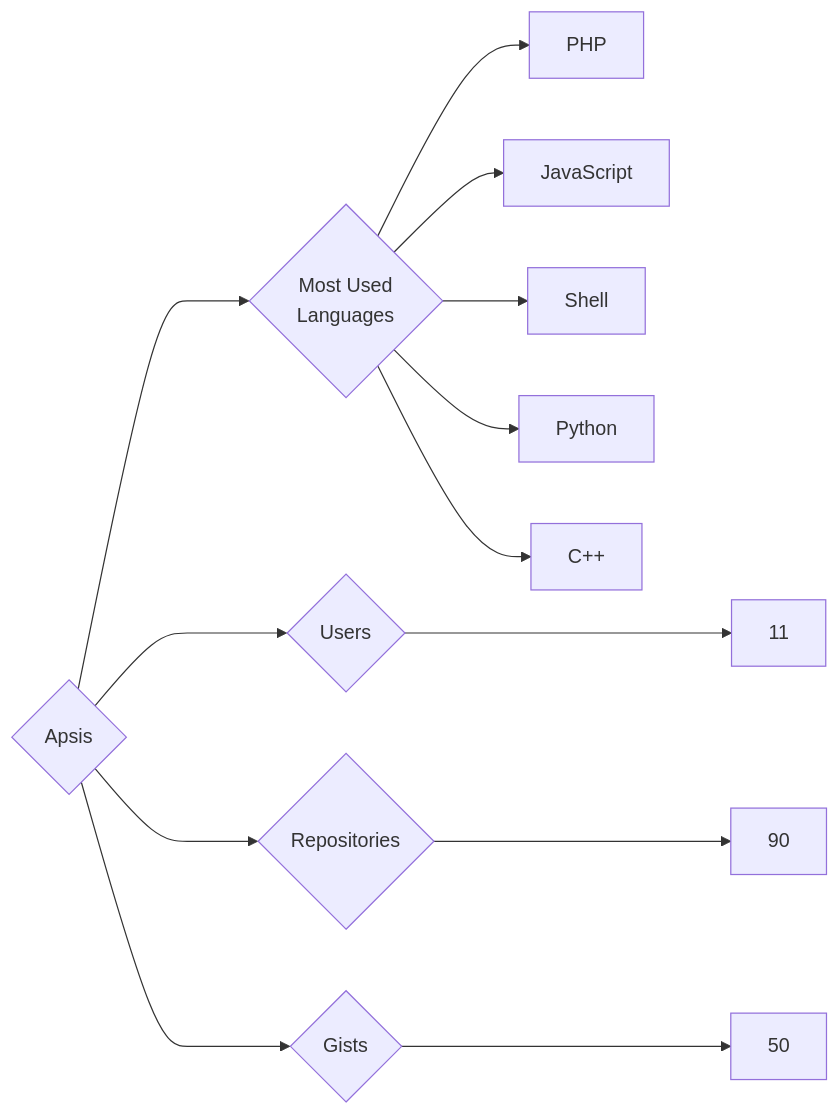
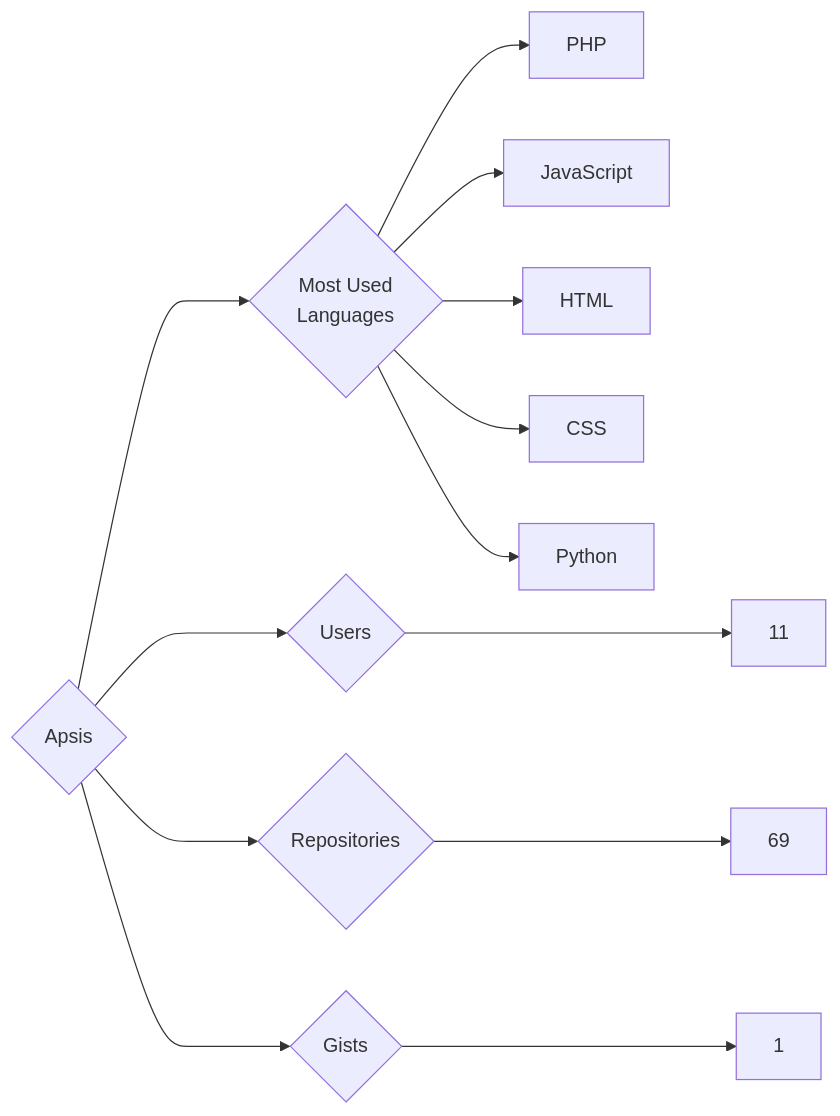
One commit to trickest/insiders changed the diagram in targets/Apsis/README.md. Above: the diagram before and after it, drawn with Mermaid. The commit also changed 927 other files, not shown here.

````diff
--- a/targets/Apsis/README.md
+++ b/targets/Apsis/README.md
@@ -3,13 +3,13 @@
 ```mermaid
 graph LR
 COMPANY_NAME{Apsis}
 COMPANY_NAME ---> U{Users} ---> UN[11]
-COMPANY_NAME ---> R{Repositories} ---> RN[90]
-COMPANY_NAME ---> G{Gists} ---> GN[50]
+COMPANY_NAME ---> R{Repositories} ---> RN[69]
+COMPANY_NAME ---> G{Gists} ---> GN[1]
 COMPANY_NAME ---> ML{Most Used<br>Languages}
 ML --> PHP[PHP]
 ML --> JavaScript[JavaScript]
-ML --> Shell[Shell]
+ML --> HTML[HTML]
+ML --> CSS[CSS]
 ML --> Python[Python]
-ML --> C++[C++]
 ```
````
